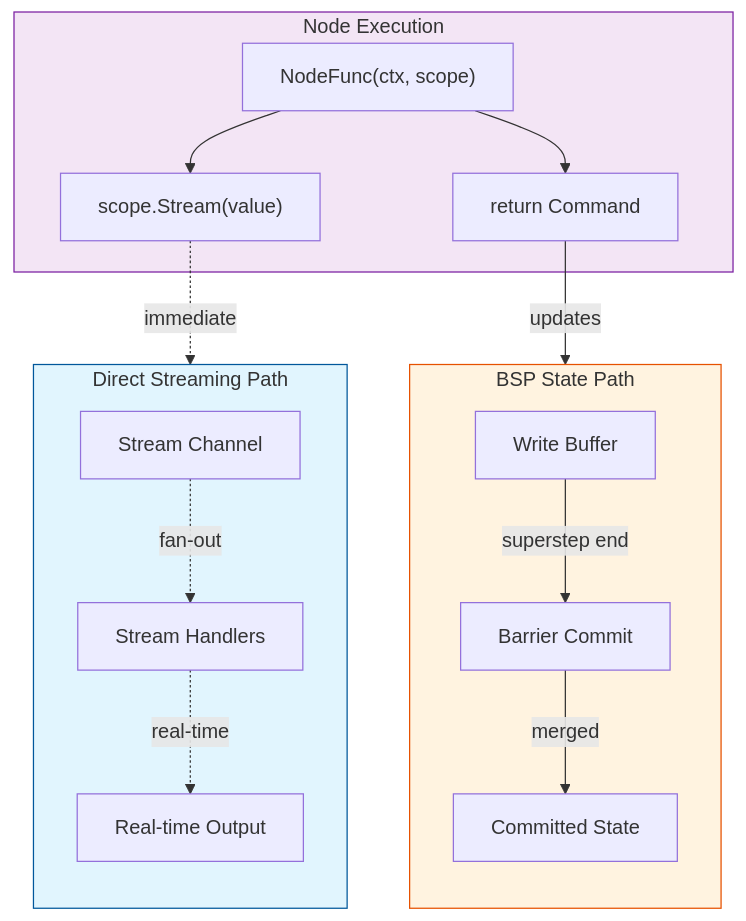
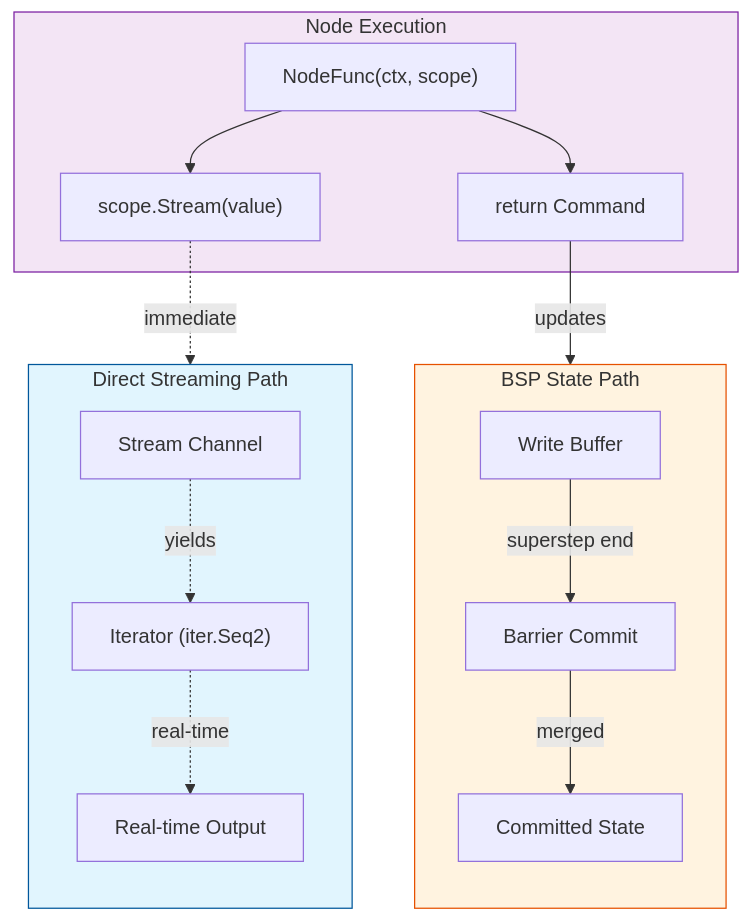
The diagram in docs/streaming.md (hupe1980/agentmesh), drawn with Mermaid before and after one commit. The commit also changed other lines of this file and 7 other files, not shown here.

Commit message:
refactor(docs): remove default values from graph key definitions for clarity

```diff
--- a/docs/streaming.md
+++ b/docs/streaming.md
@@ -26,37 +45,37 @@
 <div class="mermaid">
 flowchart TB
     subgraph Node["Node Execution"]
         NF["NodeFunc(ctx, scope)"]
         SC["scope.Stream(value)"]
         CMD["return Command"]
     end
     
     subgraph Streaming["Direct Streaming Path"]
         direction TB
         CH["Stream Channel"]
-        SH["Stream Handlers"]
+        IT["Iterator (iter.Seq2)"]
         OUT["Real-time Output"]
     end
     
     subgraph BSP["BSP State Path"]
         direction TB
         WB["Write Buffer"]
         BAR["Barrier Commit"]
         CS["Committed State"]
     end
     
     NF --> SC
     NF --> CMD
     
     SC -.->|"immediate"| CH
-    CH -.->|"fan-out"| SH
-    SH -.->|"real-time"| OUT
+    CH -.->|"yields"| IT
+    IT -.->|"real-time"| OUT
     
     CMD -->|"updates"| WB
     WB -->|"superstep end"| BAR
     BAR -->|"merged"| CS
     
     style Streaming fill:#e1f5fe,stroke:#01579b
     style BSP fill:#fff3e0,stroke:#e65100
     style Node fill:#f3e5f5,stroke:#7b1fa2
 </div>
```
